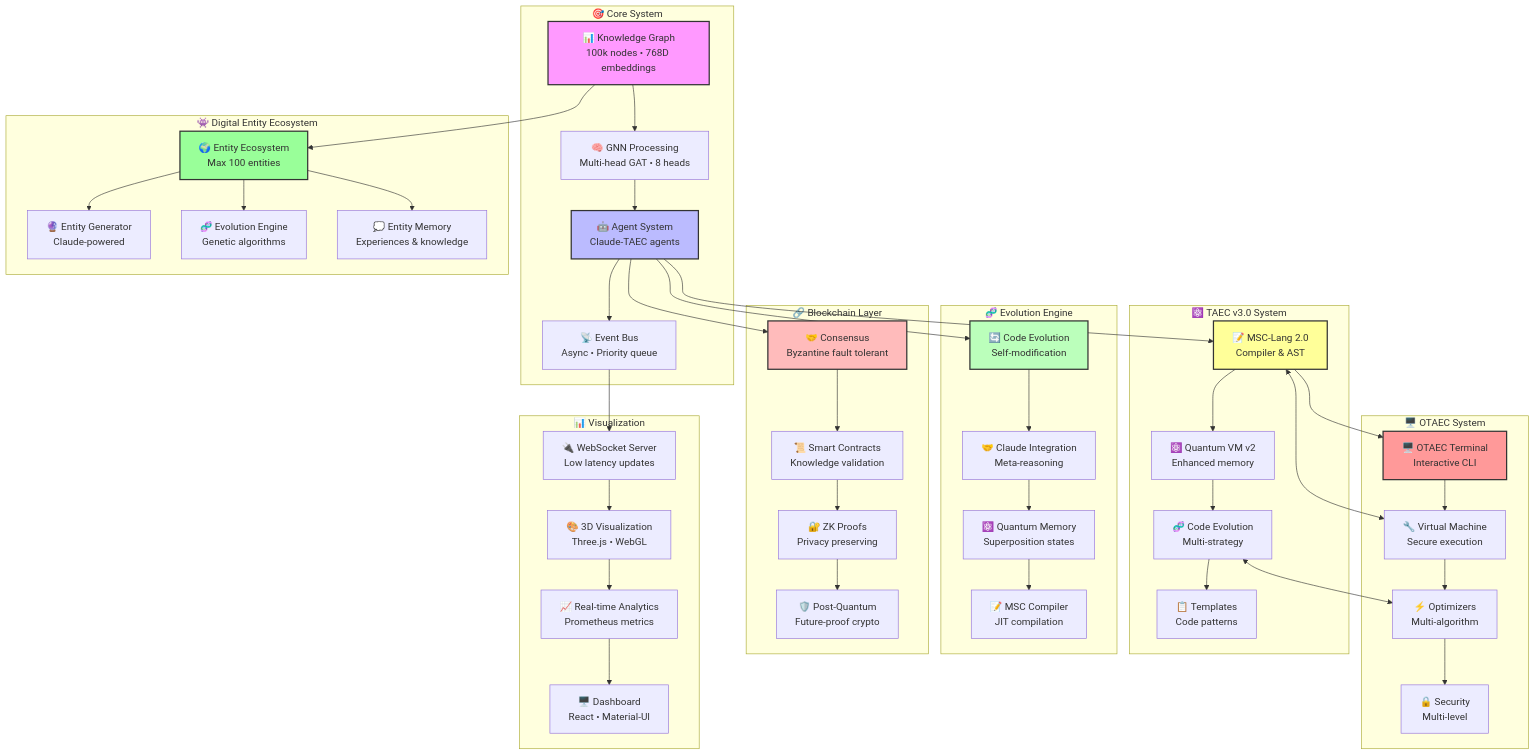
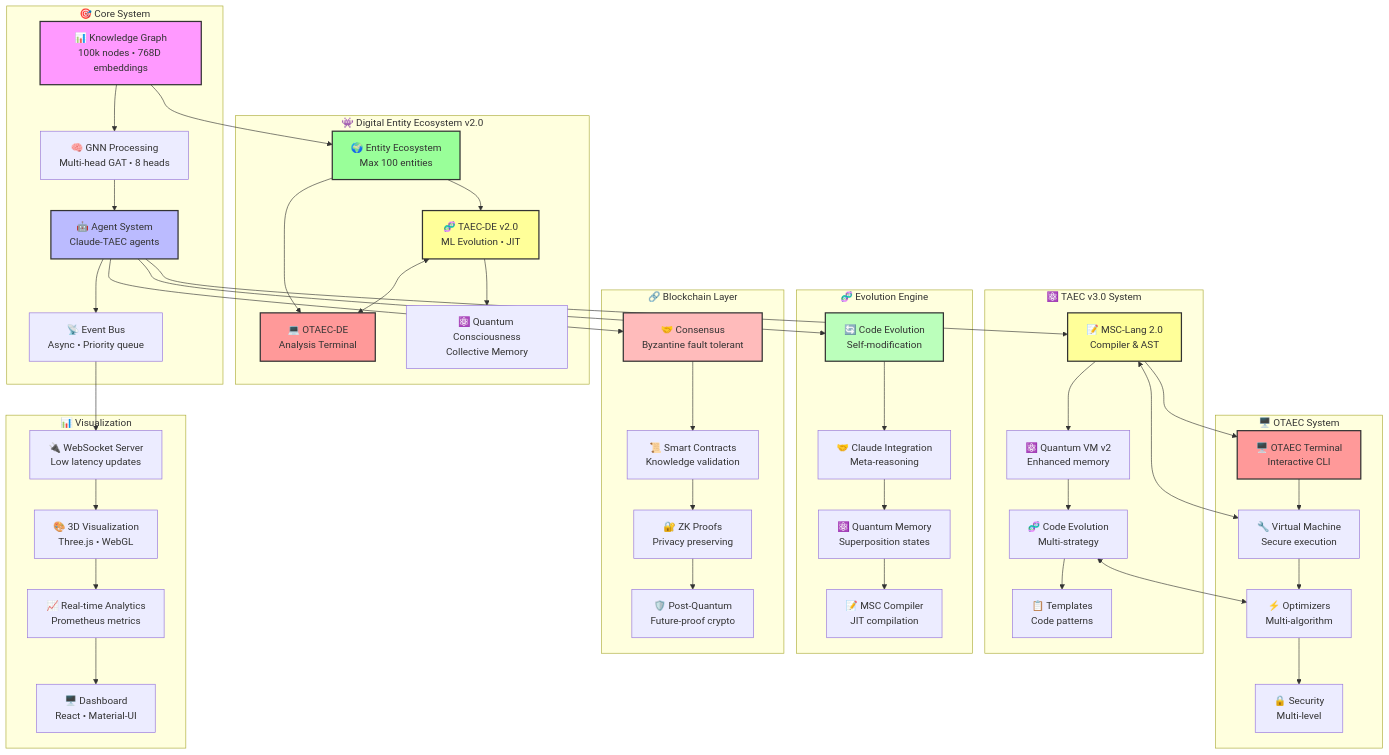
The first of 2 diagrams in README.md (esraderey/synth-msc), drawn with Mermaid before and after one commit. The commit also changed other lines of this file, not shown here.

```diff
--- a/README.md
+++ b/README.md
@@ -173,11 +195,11 @@
         EB[📡 Event Bus<br/>Async • Priority queue]
     end
     
-    subgraph "👾 Digital Entity Ecosystem"
+    subgraph "👾 Digital Entity Ecosystem v2.0"
         EE[🌍 Entity Ecosystem<br/>Max 100 entities]
-        EG[🔮 Entity Generator<br/>Claude-powered]
-        EP[🧬 Evolution Engine<br/>Genetic algorithms]
-        EM[💭 Entity Memory<br/>Experiences & knowledge]
+        TDE[🧬 TAEC-DE v2.0<br/>ML Evolution • JIT]
+        ODE[💻 OTAEC-DE<br/>Analysis Terminal]
+        QCC[⚛️ Quantum Consciousness<br/>Collective Memory]
     end
     
     subgraph "⚛️ TAEC v3.0 System"
@@ -220,9 +242,10 @@
     AS --> EB
     
     KG --> EE
-    EE --> EG
-    EE --> EP
-    EE --> EM
+    EE --> TDE
+    TDE --> QCC
+    EE --> ODE
+    TDE <--> ODE
     
     AS --> MSC
     MSC --> QVM
@@ -253,6 +276,8 @@
     style KG fill:#f9f,stroke:#333,stroke-width:2px
     style AS fill:#bbf,stroke:#333,stroke-width:2px
     style EE fill:#9f9,stroke:#333,stroke-width:2px
+    style TDE fill:#ff9,stroke:#333,stroke-width:2px
+    style ODE fill:#f99,stroke:#333,stroke-width:2px
     style MSC fill:#ff9,stroke:#333,stroke-width:2px
     style OT fill:#f99,stroke:#333,stroke-width:2px
     style CE fill:#bfb,stroke:#333,stroke-width:2px
```
